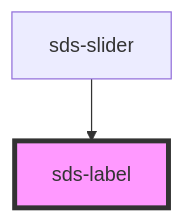
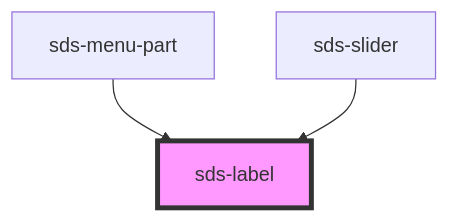
The diagram in packages/sds-web-components/src/ui/primitives/fieldset/sds-label/readme.md (chodgesfigma/sds-mono), drawn with Mermaid before and after one commit. The commit also changed other lines of this file and 24 other files, not shown here.

````diff
--- a/packages/sds-web-components/src/ui/primitives/fieldset/sds-label/readme.md
+++ b/packages/sds-web-components/src/ui/primitives/fieldset/sds-label/readme.md
@@ -17,5 +18,6 @@
 ```mermaid
 graph TD;
+  sds-menu-part --> sds-label
   sds-slider --> sds-label
   style sds-label fill:#f9f,stroke:#333,stroke-width:4px
 ```
````
